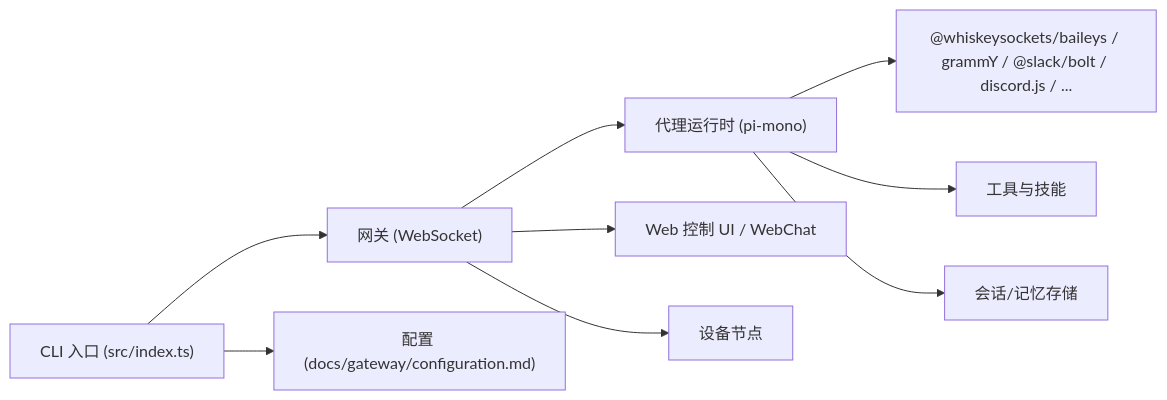
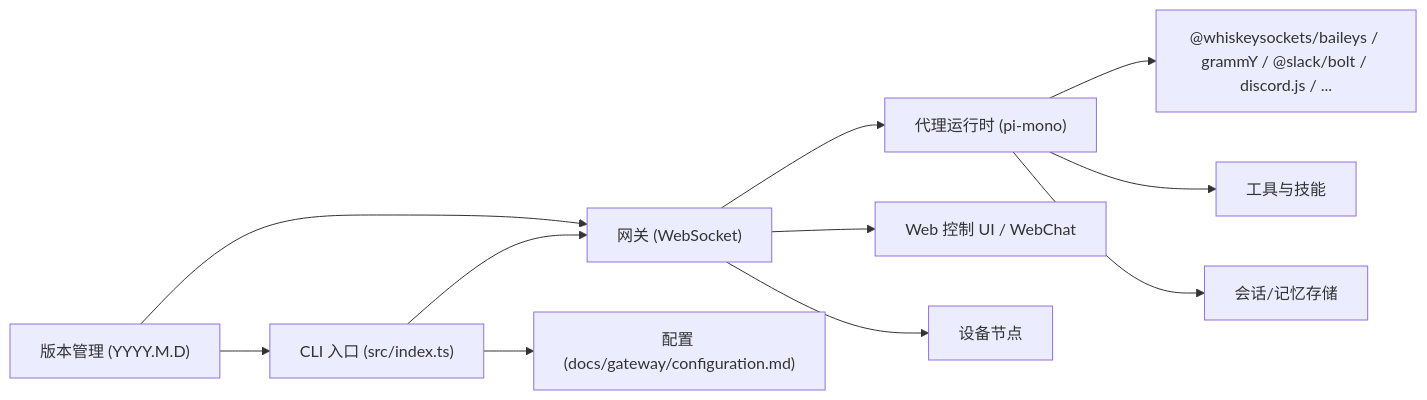
The sixth of 6 diagrams in .qoder/repowiki/zh/content/项目概述/项目概述.md (verse-ai-org/openclaw), drawn with Mermaid before and after one commit. The commit also changed other lines of this file and 40 other files, not shown here.

````diff
--- a/.qoder/repowiki/zh/content/项目概述/项目概述.md
+++ b/.qoder/repowiki/zh/content/项目概述/项目概述.md
@@ -293,11 +353,13 @@
 ```mermaid
 graph LR
 CLI["CLI 入口 (src/index.ts)"] --> Gateway["网关 (WebSocket)"]
 Gateway --> Agent["代理运行时 (pi-mono)"]
 Agent --> Channels["@whiskeysockets/baileys / grammY / @slack/bolt / discord.js / ..."]
 Agent --> Tools["工具与技能"]
 Agent --> Storage["会话/记忆存储"]
 Gateway --> Web["Web 控制 UI / WebChat"]
 Gateway --> Nodes["设备节点"]
 CLI --> Config["配置 (docs/gateway/configuration.md)"]
+Version["版本管理 (YYYY.M.D)"] --> CLI
+Version --> Gateway
 ```
````
